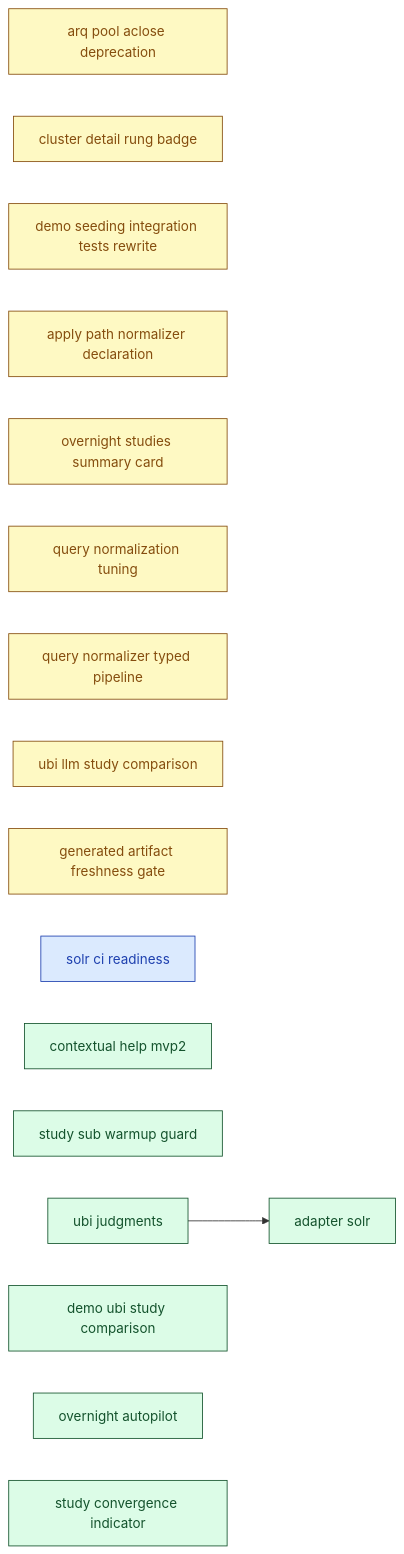
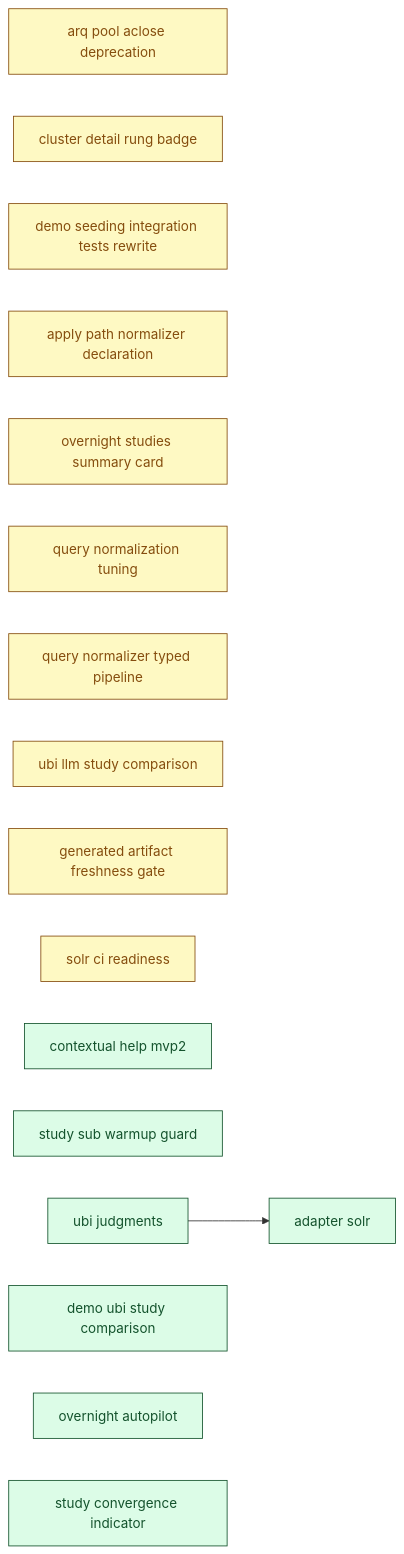
One commit to SoundMindsAI/relyloop changed the diagram in docs/00_overview/MVP2_DASHBOARD.md. Above: the diagram before and after it, drawn with Mermaid. The commit also changed other lines of this file and 4 other files, not shown here.

````diff
--- a/docs/00_overview/MVP2_DASHBOARD.md
+++ b/docs/00_overview/MVP2_DASHBOARD.md
@@ -101,43 +100,43 @@
 ```mermaid
 graph LR
   classDef done fill:#dcfce7,stroke:#14532d,color:#14532d;
   classDef implement fill:#ffedd5,stroke:#9a3412,color:#9a3412;
   classDef plan fill:#fef9c3,stroke:#854d0e,color:#854d0e;
   classDef spec fill:#dbeafe,stroke:#1e40af,color:#1e40af;
   classDef idea fill:#f1f5f9,stroke:#334155,color:#334155;
   chore_arq_pool_aclose_deprecation["arq pool aclose deprecation"]
   class chore_arq_pool_aclose_deprecation plan;
   chore_cluster_detail_rung_badge["cluster detail rung badge"]
   class chore_cluster_detail_rung_badge plan;
   chore_demo_seeding_integration_tests_rewrite["demo seeding integration tests rewrite"]
   class chore_demo_seeding_integration_tests_rewrite plan;
   feat_apply_path_normalizer_declaration["apply path normalizer declaration"]
   class feat_apply_path_normalizer_declaration plan;
   feat_overnight_studies_summary_card["overnight studies summary card"]
   class feat_overnight_studies_summary_card plan;
   feat_query_normalization_tuning["query normalization tuning"]
   class feat_query_normalization_tuning plan;
   feat_query_normalizer_typed_pipeline["query normalizer typed pipeline"]
   class feat_query_normalizer_typed_pipeline plan;
   feat_ubi_llm_study_comparison["ubi llm study comparison"]
   class feat_ubi_llm_study_comparison plan;
   infra_generated_artifact_freshness_gate["generated artifact freshness gate"]
   class infra_generated_artifact_freshness_gate plan;
   infra_solr_ci_readiness["solr ci readiness"]
-  class infra_solr_ci_readiness spec;
+  class infra_solr_ci_readiness plan;
   feat_contextual_help_mvp2["contextual help mvp2"]
   class feat_contextual_help_mvp2 done;
   feat_study_sub_warmup_guard["study sub warmup guard"]
   class feat_study_sub_warmup_guard done;
   feat_ubi_judgments["ubi judgments"]
   class feat_ubi_judgments done;
   feat_demo_ubi_study_comparison["demo ubi study comparison"]
   class feat_demo_ubi_study_comparison done;
   feat_overnight_autopilot["overnight autopilot"]
   class feat_overnight_autopilot done;
   infra_adapter_solr["adapter solr"]
   class infra_adapter_solr done;
   feat_study_convergence_indicator["study convergence indicator"]
   class feat_study_convergence_indicator done;
   feat_ubi_judgments --> infra_adapter_solr
 ```
````
